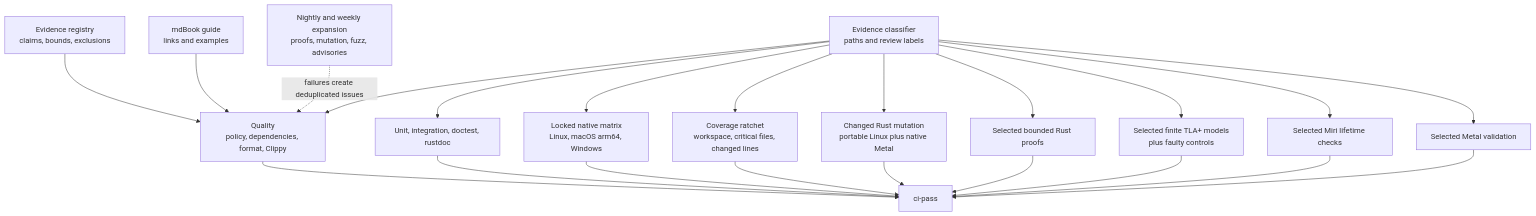
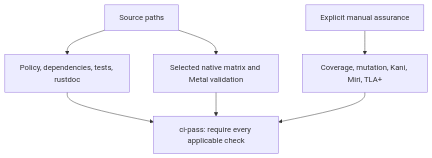
The seventh of 7 diagrams in ARCHITECTURE.md (dbuddha/alpine-gpui), drawn with Mermaid before and after one commit. The commit also changed other lines of this file and 67 other files, not shown here.

````diff
--- a/ARCHITECTURE.md
+++ b/ARCHITECTURE.md
@@ -899,39 +902,9 @@
 ```mermaid
 flowchart TB
-    classify["Evidence classifier<br/>paths and review labels"]
-    policy["Quality<br/>policy, dependencies, format, Clippy"]
-    unit["Unit, integration, doctest, rustdoc"]
-    native["Locked native matrix<br/>Linux, macOS arm64, Windows"]
-    coverage["Coverage ratchet<br/>workspace, critical files, changed lines"]
-    mutation["Changed Rust mutation<br/>portable Linux plus native Metal"]
-    kani["Selected bounded Rust proofs"]
-    tla["Selected finite TLA+ models<br/>plus faulty controls"]
-    registry["Evidence registry<br/>claims, bounds, exclusions"]
-    guide["mdBook guide<br/>links and examples"]
-    miri["Selected Miri lifetime checks"]
-    metal["Selected Metal validation"]
-    aggregate["ci-pass"]
-    scheduled["Nightly and weekly expansion<br/>proofs, mutation, fuzz, advisories"]
-
-    classify --> policy
-    classify --> unit
-    classify --> native
-    classify --> coverage
-    classify --> mutation
-    classify --> kani
-    classify --> tla
-    classify --> miri
-    classify --> metal
-    policy --> aggregate
-    unit --> aggregate
+    source["Source paths"] --> quality["Policy, dependencies, tests, rustdoc"]
+    source --> native["Selected native matrix and Metal validation"]
+    manual["Explicit manual assurance"] --> specialized["Coverage, mutation, Kani, Miri, TLA+"]
+    quality --> aggregate["ci-pass: require every applicable check"]
     native --> aggregate
-    coverage --> aggregate
-    mutation --> aggregate
-    kani --> aggregate
-    miri --> aggregate
-    metal --> aggregate
-    registry --> policy
-    guide --> policy
-    tla --> aggregate
-    scheduled -. "failures create deduplicated issues" .-> policy
+    specialized --> aggregate
 ```
````
